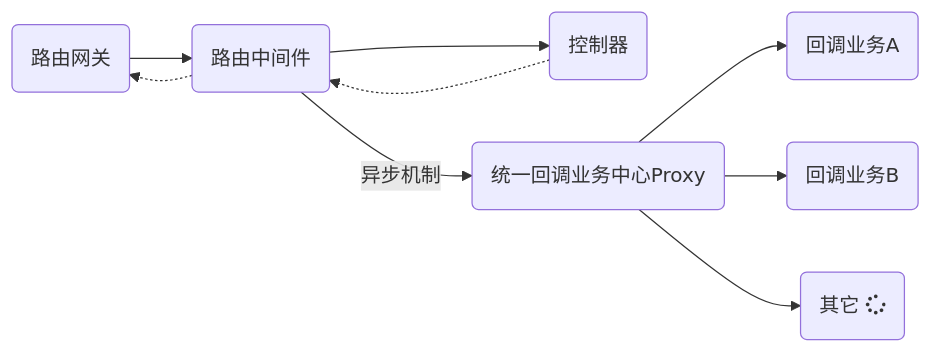
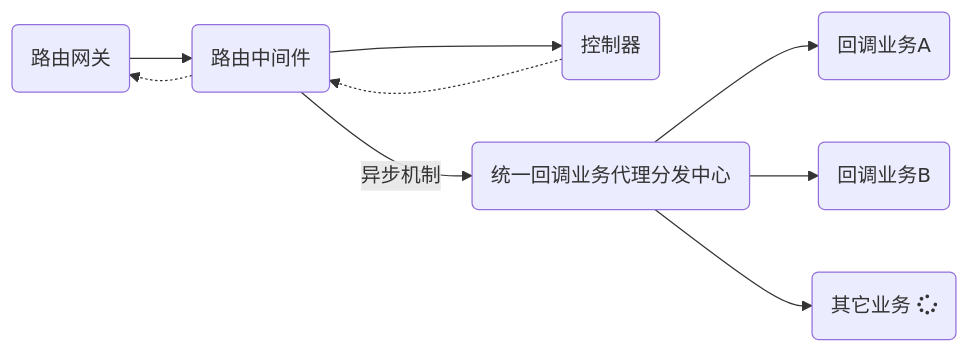
One commit to alicfeng/TeamStandard changed the diagram in book/架构设计/平台回调机制设计.md. Above: the diagram before and after it, drawn with Mermaid. The commit also changed other lines of this file and 22 other files, not shown here.

````diff
--- a/book/架构设计/平台回调机制设计.md
+++ b/book/架构设计/平台回调机制设计.md
@@ -21,22 +25,22 @@
 ```mermaid
 graph LR
 gateway(路由网关)
 middleware(路由中间件)
 controller(控制器)
-service(统一回调业务中心Proxy)
+service(统一回调业务代理分发中心)
 callback_a(回调业务A)
 callback_b(回调业务B)
-callback_n(其它 fa:fa-spinner)
+callback_n(其它业务 fa:fa-spinner)
 
 
 
 gateway-->middleware
 
 middleware-->controller
 controller-.->middleware
 middleware-.->gateway
 middleware--异步机制-->service
 service-->callback_a
 service-->callback_b
 service-->callback_n
 ```
````
